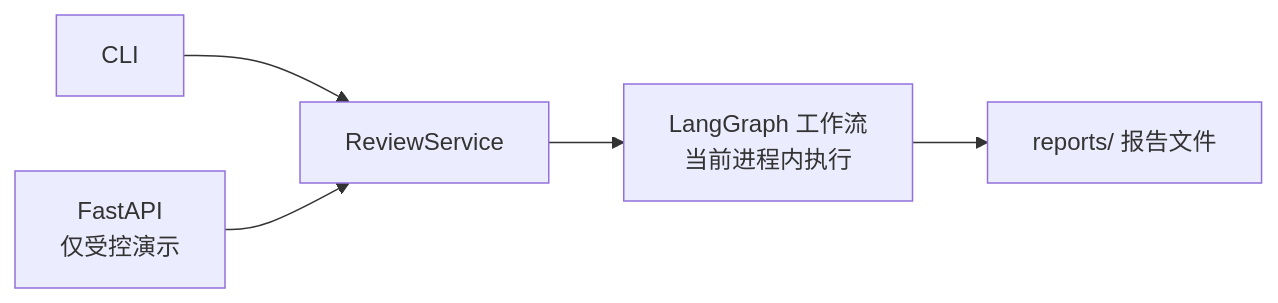
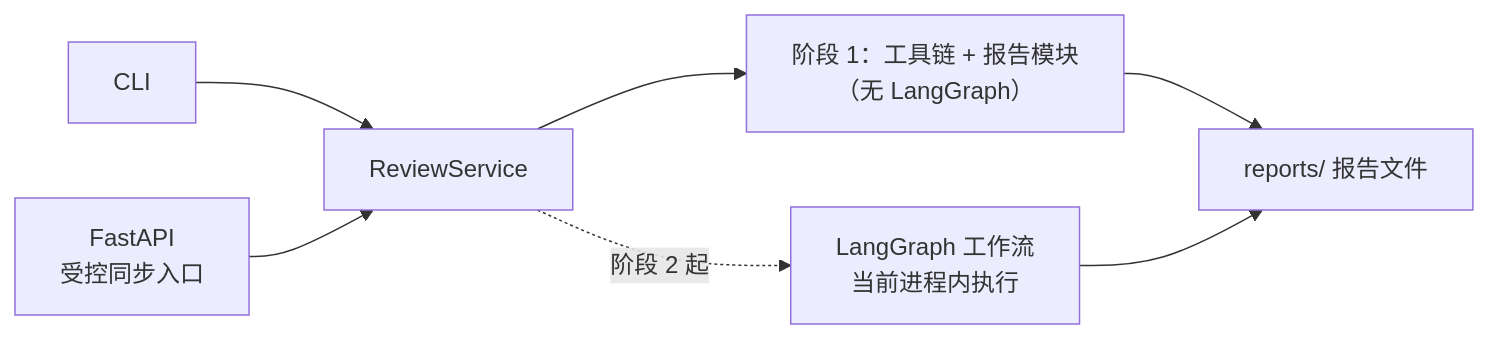
Before and after one commit to Fightming98/multi-agent-code-review: the third of 11 diagrams in docs/architecture.md, drawn with Mermaid. The commit also changed other lines of this file and 13 other files, not shown here.

````diff
--- a/docs/architecture.md
+++ b/docs/architecture.md
@@ -293,7 +307,9 @@
 ```mermaid
 flowchart LR
     CLI["CLI"] --> RS["ReviewService"]
-    API["FastAPI<br/>仅受控演示"] --> RS
-    RS --> LG["LangGraph 工作流<br/>当前进程内执行"]
-    LG --> OUT["reports/ 报告文件"]
+    API["FastAPI<br/>受控同步入口"] --> RS
+    RS --> P1["阶段 1：工具链 + 报告模块<br/>（无 LangGraph）"]
+    RS -.->|"阶段 2 起"| LG["LangGraph 工作流<br/>当前进程内执行"]
+    P1 --> OUT["reports/ 报告文件"]
+    LG --> OUT
 ```
````
